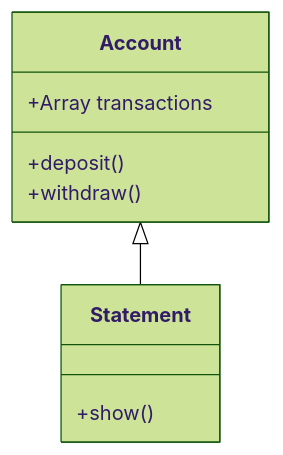
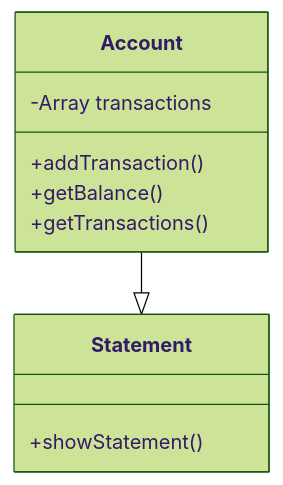
The diagram in README.md (snptrs/bootcamp-bank-tech-test), drawn with Mermaid (forest theme) before and after one commit. The commit also changed other lines of this file and 1 other file, not shown here.

````diff
--- a/README.md
+++ b/README.md
@@ -15,10 +48,11 @@
 ```mermaid
 classDiagram
-Account <|-- Statement
-Account : +Array transactions
-Account: +deposit()
-Account: +withdraw()
+Account --|> Statement
+Account: -Array transactions
+Account: +addTransaction()
+Account: +getBalance()
+Account: +getTransactions()
 class Statement{
-  +show()
+  +showStatement()
 }
 ```
````
